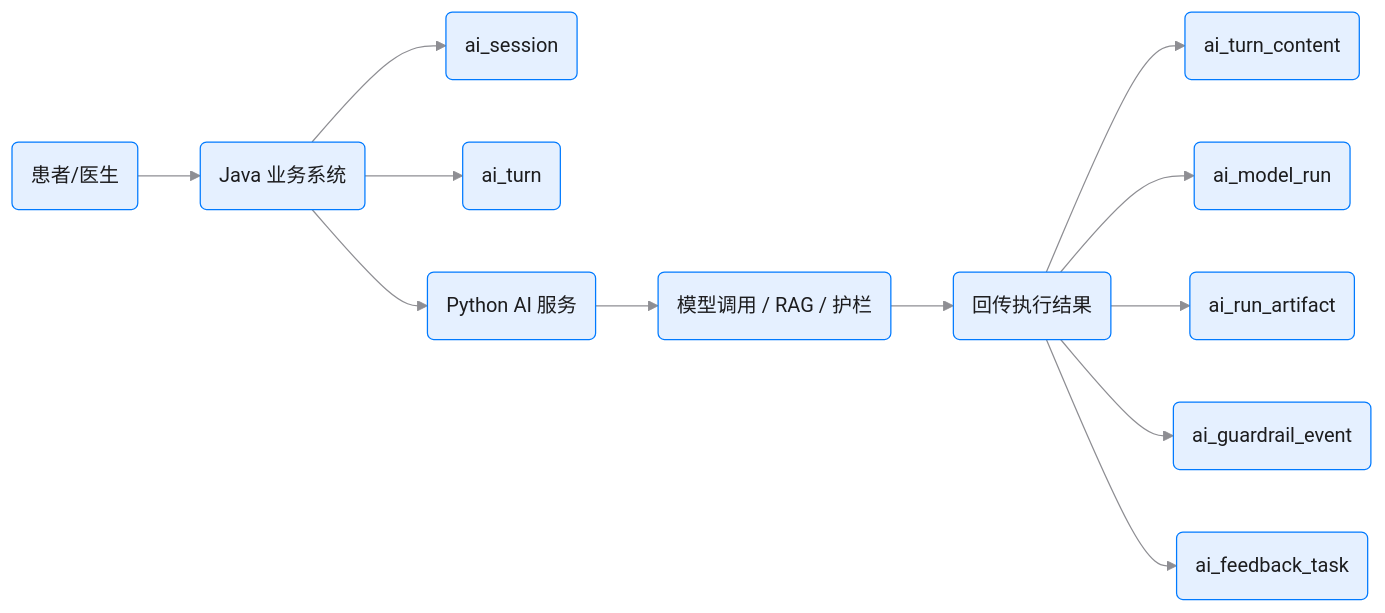
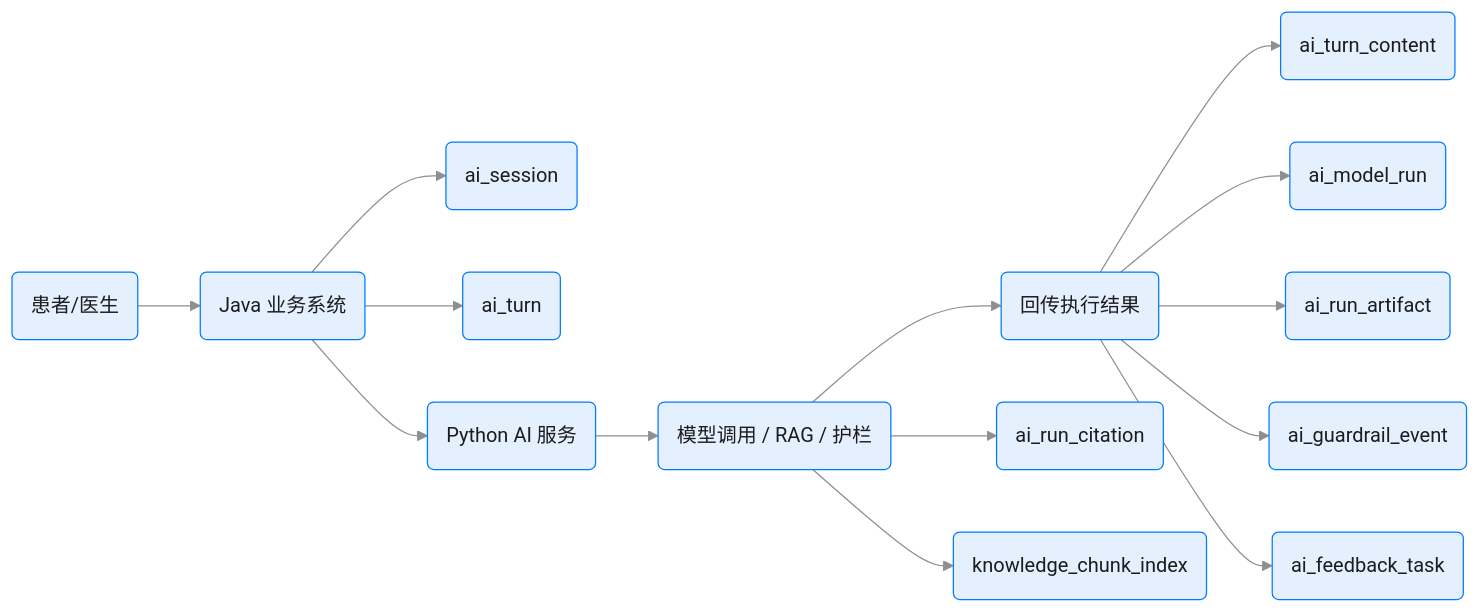
Before and after one commit to JianwenShaw/MediAskDocs: the first of 3 diagrams in docs/07B-AI-AUDIT-V3.md, drawn with Mermaid. The commit also changed other lines of this file and 15 other files, not shown here.

````diff
--- a/docs/07B-AI-AUDIT-V3.md
+++ b/docs/07B-AI-AUDIT-V3.md
@@ -219,15 +220,17 @@
 ```mermaid
 %%{init: {'theme': 'base', 'themeVariables': {'primaryColor': '#E5F0FF', 'primaryTextColor': '#1C1C1E', 'primaryBorderColor': '#007AFF', 'lineColor': '#8E8E93', 'secondaryColor': '#E8F8EE', 'tertiaryColor': '#FFF4E5', 'background': '#FFFFFF', 'mainBkg': '#E5F0FF', 'nodeBorder': '#007AFF', 'clusterBkg': '#F2F2F7', 'clusterBorder': '#8E8E93', 'titleColor': '#1C1C1E', 'edgeLabelBackground': '#FFFFFF'}}}%%
 flowchart LR
     U("患者/医生") --> J1("Java 业务系统")
     J1 --> S1("ai_session")
     J1 --> T1("ai_turn")
     J1 --> P1("Python AI 服务")
     P1 --> R1("模型调用 / RAG / 护栏")
     R1 --> J2("回传执行结果")
     J2 --> C1("ai_turn_content")
     J2 --> M1("ai_model_run")
     J2 --> A1("ai_run_artifact")
     J2 --> G1("ai_guardrail_event")
+    R1 --> CI("ai_run_citation")
+    R1 --> KI("knowledge_chunk_index")
     J2 --> F1("ai_feedback_task")
 ```
````
